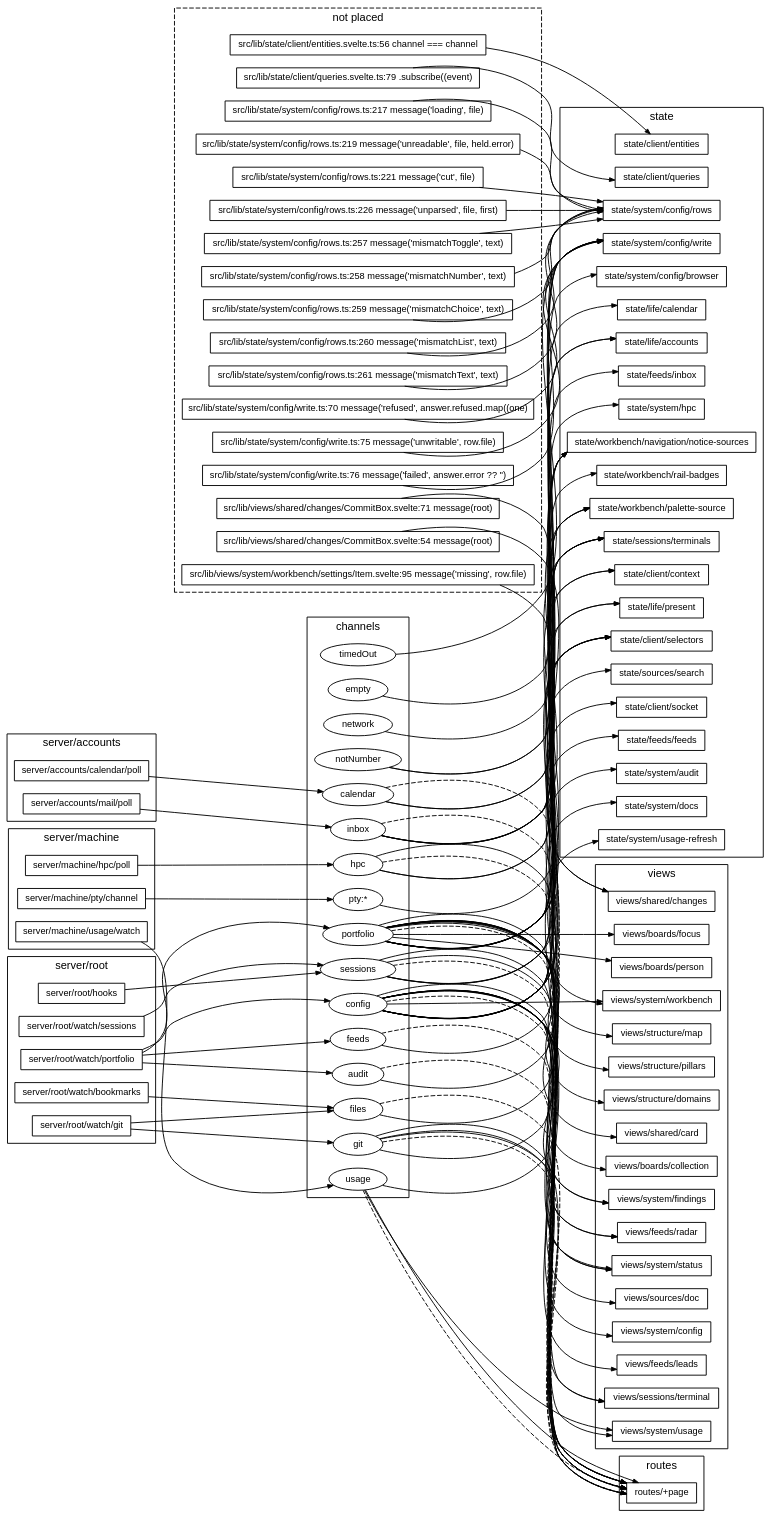
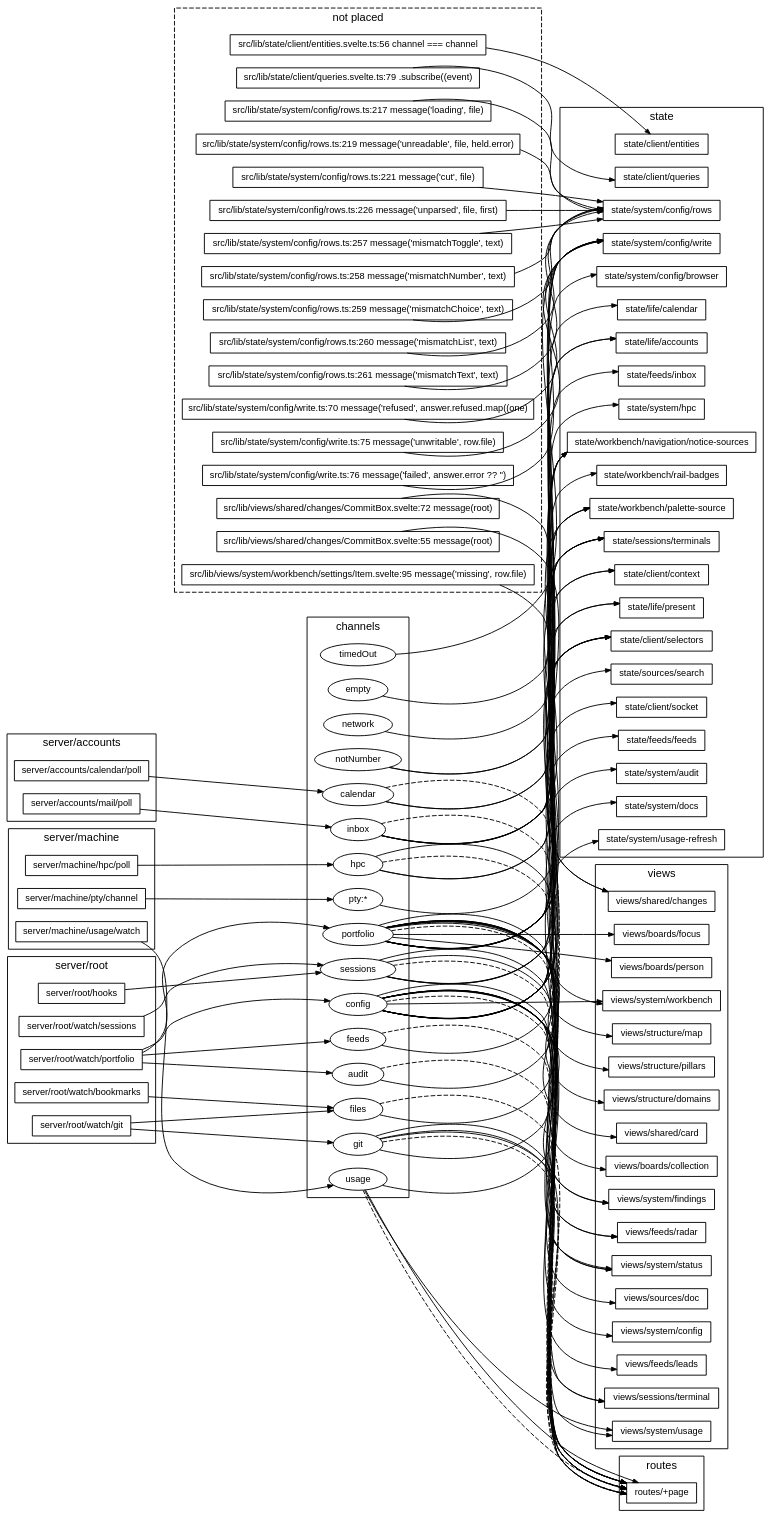
One commit to TheAxeC/oculus changed the diagram in docs/diagrams/channels.dot. Above: the diagram before and after it, drawn with Graphviz. The commit also changed 182 other files, not shown here.

```diff
--- a/docs/diagrams/channels.dot
+++ b/docs/diagrams/channels.dot
@@ -56,8 +56,8 @@
         "? src/lib/state/system/config/write.ts:70" [label="src/lib/state/system/config/write.ts:70 message('refused', answer.refused.map((one)"];
         "? src/lib/state/system/config/write.ts:75" [label="src/lib/state/system/config/write.ts:75 message('unwritable', row.file)"];
         "? src/lib/state/system/config/write.ts:76" [label="src/lib/state/system/config/write.ts:76 message('failed', answer.error ?? '')"];
-        "? src/lib/views/shared/changes/CommitBox.svelte:54" [label="src/lib/views/shared/changes/CommitBox.svelte:54 message(root)"];
-        "? src/lib/views/shared/changes/CommitBox.svelte:71" [label="src/lib/views/shared/changes/CommitBox.svelte:71 message(root)"];
+        "? src/lib/views/shared/changes/CommitBox.svelte:55" [label="src/lib/views/shared/changes/CommitBox.svelte:55 message(root)"];
+        "? src/lib/views/shared/changes/CommitBox.svelte:72" [label="src/lib/views/shared/changes/CommitBox.svelte:72 message(root)"];
         "? src/lib/views/system/workbench/settings/Item.svelte:95" [label="src/lib/views/system/workbench/settings/Item.svelte:95 message('missing', row.file)"];
     }
     subgraph "cluster_read state" {
@@ -123,8 +123,8 @@
     "? src/lib/state/system/config/write.ts:70" -> "state/system/config/write";
     "? src/lib/state/system/config/write.ts:75" -> "state/system/config/write";
     "? src/lib/state/system/config/write.ts:76" -> "state/system/config/write";
-    "? src/lib/views/shared/changes/CommitBox.svelte:54" -> "views/shared/changes";
-    "? src/lib/views/shared/changes/CommitBox.svelte:71" -> "views/shared/changes";
+    "? src/lib/views/shared/changes/CommitBox.svelte:55" -> "views/shared/changes";
+    "? src/lib/views/shared/changes/CommitBox.svelte:72" -> "views/shared/changes";
     "? src/lib/views/system/workbench/settings/Item.svelte:95" -> "views/system/workbench";
     "ch audit" -> "routes/+page" [style=dashed];
     "ch audit" -> "state/system/audit";
```
